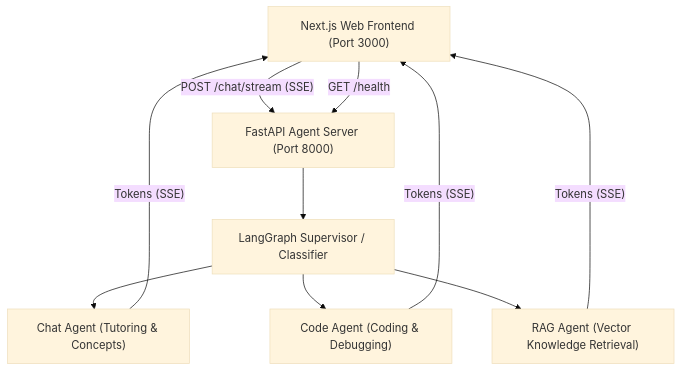
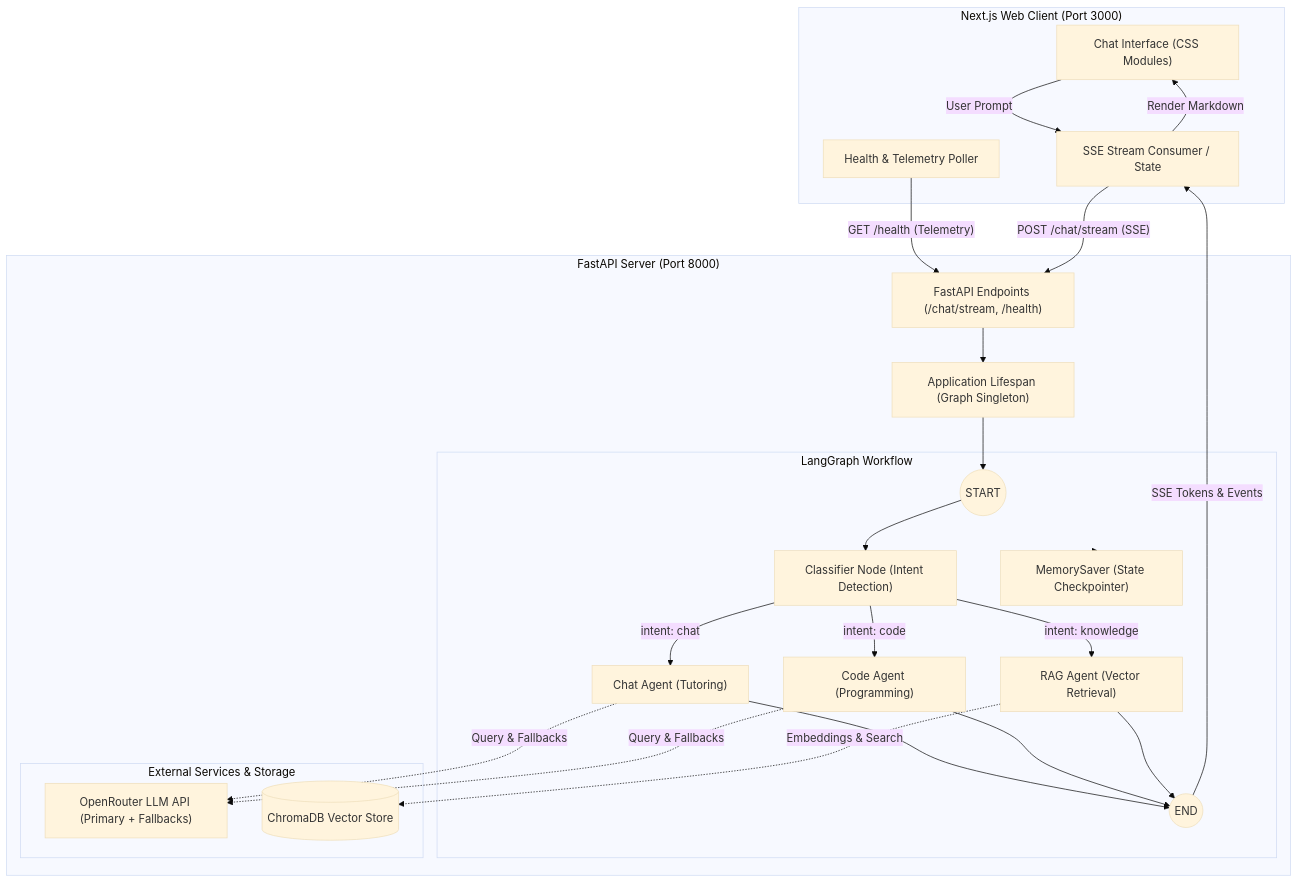
One commit to aaochoa/study-buddy-langgraph changed the diagram in README.md. Above: the diagram before and after it, drawn with Mermaid (base theme). The commit also changed other lines of this file and 1 other file, not shown here.

First line of the commit message:
docs: expand root and agent documentation with architecture, setup, and api guide

````diff
--- a/README.md
+++ b/README.md
@@ -7,19 +45,49 @@
 ```mermaid
 graph TD
-    Client["Next.js Web Frontend (Port 3000)"]
-    API["FastAPI Agent Server (Port 8000)"]
-    Supervisor["LangGraph Supervisor / Classifier"]
-    ChatAgent["Chat Agent (Tutoring & Concepts)"]
-    CodeAgent["Code Agent (Coding & Debugging)"]
-    RAGAgent["RAG Agent (Vector Knowledge Retrieval)"]
+    subgraph Frontend["Next.js Web Client (Port 3000)"]
+        UI["Chat Interface (CSS Modules)"]
+        SSEHook["SSE Stream Consumer / State"]
+        HealthHook["Health & Telemetry Poller"]
+    end
 
-    Client -->|"POST /chat/stream (SSE)"| API
-    Client -->|"GET /health"| API
-    API --> Supervisor
-    Supervisor --> ChatAgent
-    Supervisor --> CodeAgent
-    Supervisor --> RAGAgent
-    ChatAgent -->|"Tokens (SSE)"| Client
-    CodeAgent -->|"Tokens (SSE)"| Client
-    RAGAgent -->|"Tokens (SSE)"| Client
+    subgraph Backend["FastAPI Server (Port 8000)"]
+        API["FastAPI Endpoints (/chat/stream, /health)"]
+        Lifespan["Application Lifespan (Graph Singleton)"]
+
+        subgraph LangGraph["LangGraph Workflow"]
+            StartNode((START))
+            Classifier["Classifier Node (Intent Detection)"]
+            ChatAgent["Chat Agent (Tutoring)"]
+            CodeAgent["Code Agent (Programming)"]
+            RAGAgent["RAG Agent (Vector Retrieval)"]
+            Checkpointer["MemorySaver (State Checkpointer)"]
+            EndNode((END))
+        end
+
+        subgraph Services["External Services & Storage"]
+            OpenRouter["OpenRouter LLM API (Primary + Fallbacks)"]
+            ChromaStore[("ChromaDB Vector Store")]
+        end
+    end
+
+    UI -->|"User Prompt"| SSEHook
+    HealthHook -->|"GET /health (Telemetry)"| API
+    SSEHook -->|"POST /chat/stream (SSE)"| API
+    API --> Lifespan
+    Lifespan --> StartNode
+    StartNode --> Classifier
+    Classifier -->|"intent: chat"| ChatAgent
+    Classifier -->|"intent: code"| CodeAgent
+    Classifier -->|"intent: knowledge"| RAGAgent
+    ChatAgent --> EndNode
+    CodeAgent --> EndNode
+    RAGAgent --> EndNode
+    
+    ChatAgent -.->|"Query & Fallbacks"| OpenRouter
+    CodeAgent -.->|"Query & Fallbacks"| OpenRouter
+    RAGAgent -.->|"Embeddings & Search"| ChromaStore
+    LangGraph -.-> Checkpointer
+
+    EndNode -->|"SSE Tokens & Events"| SSEHook
+    SSEHook -->|"Render Markdown"| UI
 ```
````
